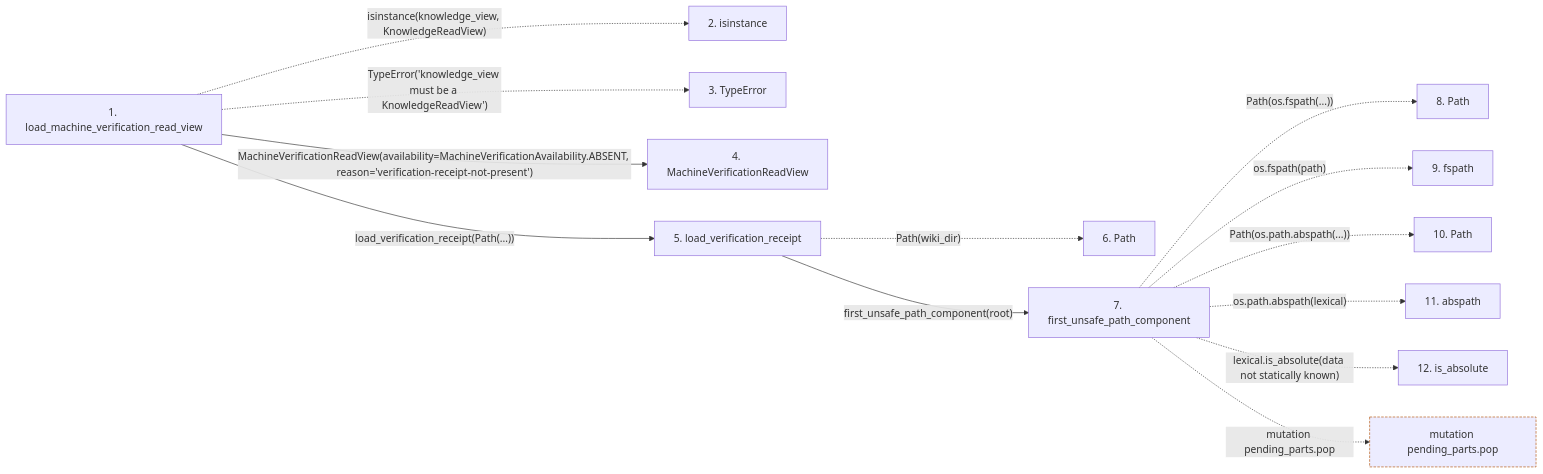
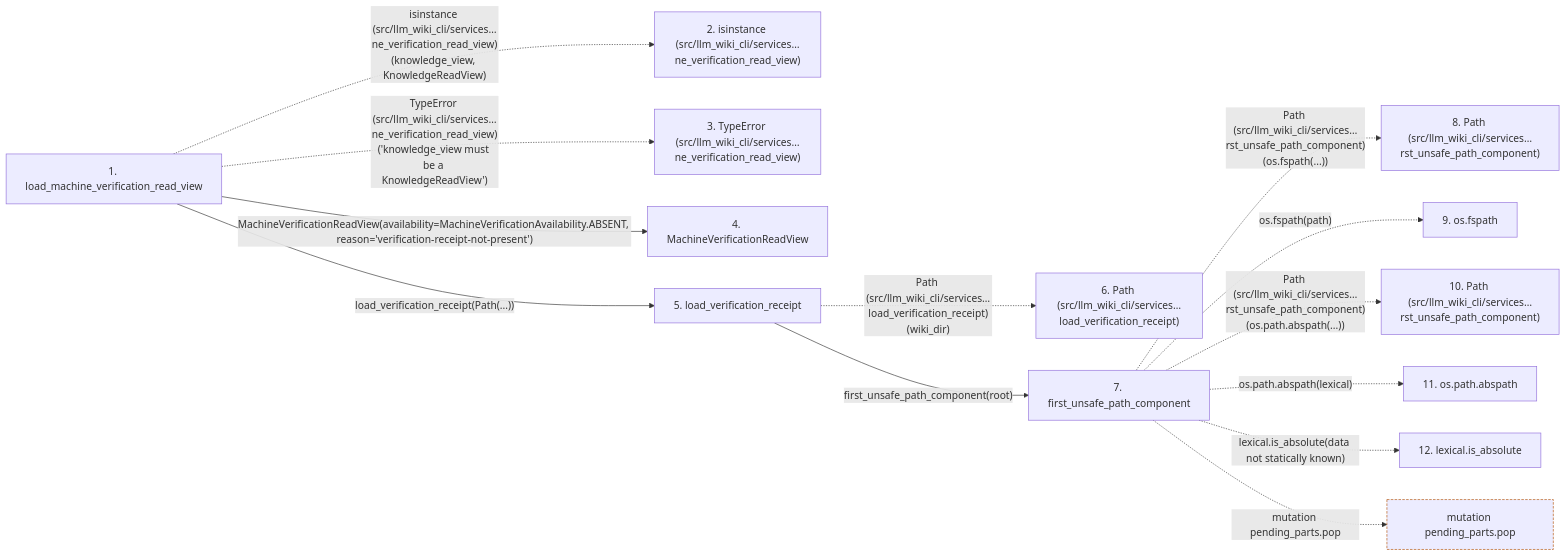
One commit to Denissvgn/python-wiki-llm changed the second of 2 diagrams in docs/llm_wiki/flows/api-load_machine_verification_read_view.md. Above: the diagram before and after it, drawn with Mermaid. The commit also changed other lines of this file and 719 other files, not shown here.

````diff
--- a/docs/llm_wiki/flows/api-load_machine_verification_read_view.md
+++ b/docs/llm_wiki/flows/api-load_machine_verification_read_view.md
@@ -80,34 +82,34 @@
 ```mermaid
 flowchart LR
     s1["1. load_machine_verification_read_view"]
-    s2["2. isinstance"]
-    s3["3. TypeError"]
+    s2["2. isinstance (src/llm_wiki_cli/services…ne_verification_read_view)"]
+    s3["3. TypeError (src/llm_wiki_cli/services…ne_verification_read_view)"]
     s4["4. MachineVerificationReadView"]
     s5["5. load_verification_receipt"]
-    s6["6. Path"]
+    s6["6. Path (src/llm_wiki_cli/services…load_verification_receipt)"]
     s7["7. first_unsafe_path_component"]
-    s8["8. Path"]
-    s9["9. fspath"]
-    s10["10. Path"]
-    s11["11. abspath"]
-    s12["12. is_absolute"]
-    s1 -. "isinstance(knowledge_view, KnowledgeReadView)" .-> s2
-    s1 -. "TypeError('knowledge_view must be a KnowledgeReadView')" .-> s3
+    s8["8. Path (src/llm_wiki_cli/services…rst_unsafe_path_component)"]
+    s9["9. os.fspath"]
+    s10["10. Path (src/llm_wiki_cli/services…rst_unsafe_path_component)"]
+    s11["11. os.path.abspath"]
+    s12["12. lexical.is_absolute"]
+    s1 -. "isinstance (src/llm_wiki_cli/services…ne_verification_read_view)(knowledge_view, KnowledgeReadView)" .-> s2
+    s1 -. "TypeError (src/llm_wiki_cli/services…ne_verification_read_view)('knowledge_view must be a KnowledgeReadView')" .-> s3
     s1 -->|"MachineVerificationReadView(availability=MachineVerificationAvailability.ABSENT, reason='verification-receipt-not-present')"| s4
     s1 -->|"load_verification_receipt(Path(...))"| s5
-    s5 -. "Path(wiki_dir)" .-> s6
+    s5 -. "Path (src/llm_wiki_cli/services…load_verification_receipt)(wiki_dir)" .-> s6
     s5 -->|"first_unsafe_path_component(root)"| s7
-    s7 -. "Path(os.fspath(...))" .-> s8
+    s7 -. "Path (src/llm_wiki_cli/services…rst_unsafe_path_component)(os.fspath(...))" .-> s8
     s7 -. "os.fspath(path)" .-> s9
-    s7 -. "Path(os.path.abspath(...))" .-> s10
+    s7 -. "Path (src/llm_wiki_cli/services…rst_unsafe_path_component)(os.path.abspath(...))" .-> s10
     s7 -. "os.path.abspath(lexical)" .-> s11
     s7 -. "lexical.is_absolute(data not statically known)" .-> s12
     b0["mutation pending_parts.pop"]
     s7 -. "mutation pending_parts.pop" .-> b0
     click s1 "../modules/knowledge_verification.md"
     click s4 "../modules/knowledge_consumption.md"
     click s5 "../modules/verification_contracts.md"
     click s7 "../modules/io.md"
     classDef boundary stroke:#b45309,stroke-dasharray: 4 2
     class b0 boundary
 ```
````
